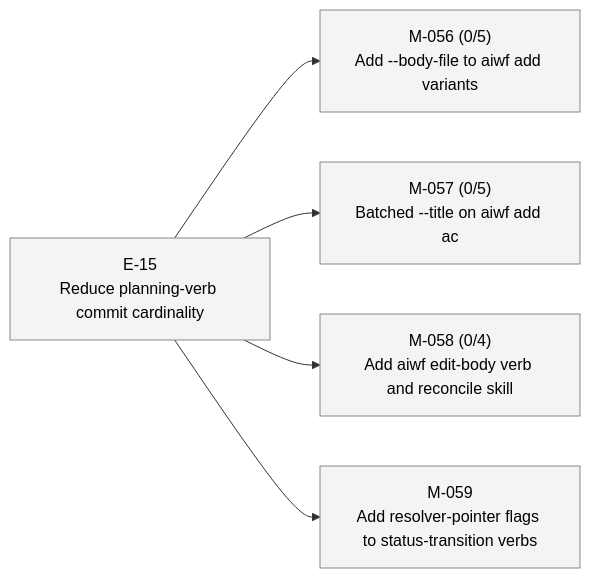
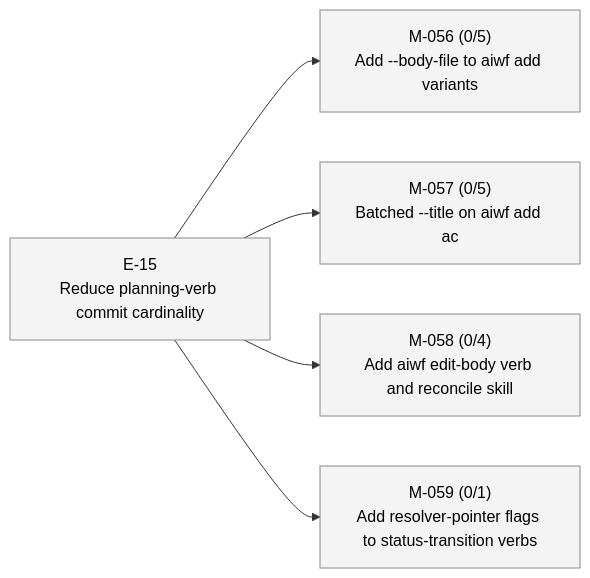
The third of 3 diagrams in STATUS.md (23min/aiwf), drawn with Mermaid before and after one commit. The commit also changed other lines of this file and 1 other file, not shown here.

Commit message:
aiwf add ac M-059/AC-1 "aiwf promote G-NNN addressed --by accepts entity ids and commit shas"
aiwf-verb: add
aiwf-entity: M-059/AC-1
aiwf-actor: human/peter

````diff
--- a/STATUS.md
+++ b/STATUS.md
@@ -70,18 +70,18 @@
 ```mermaid
 flowchart LR
   E_15["E-15<br/>Reduce planning-verb commit cardinality"]:::epic_proposed
   M_056["M-056 (0/5)<br/>Add --body-file to aiwf add variants"]:::ms_draft
   E_15 --> M_056
   M_057["M-057 (0/5)<br/>Batched --title on aiwf add ac"]:::ms_draft
   E_15 --> M_057
   M_058["M-058 (0/4)<br/>Add aiwf edit-body verb and reconcile skill"]:::ms_draft
   E_15 --> M_058
-  M_059["M-059<br/>Add resolver-pointer flags to status-transition verbs"]:::ms_draft
+  M_059["M-059 (0/1)<br/>Add resolver-pointer flags to status-transition verbs"]:::ms_draft
   E_15 --> M_059
   classDef epic_active fill:#d6eaff,stroke:#1a73e8,color:#000
   classDef epic_proposed fill:#f4f4f4,stroke:#888,color:#000
   classDef ms_done fill:#d8f5d8,stroke:#2a8a2a,color:#000
   classDef ms_in_progress fill:#fff3c4,stroke:#caa400,color:#000
   classDef ms_draft fill:#f4f4f4,stroke:#888,color:#000
   classDef ms_cancelled fill:#fbeaea,stroke:#c33,color:#000
 ```
````
